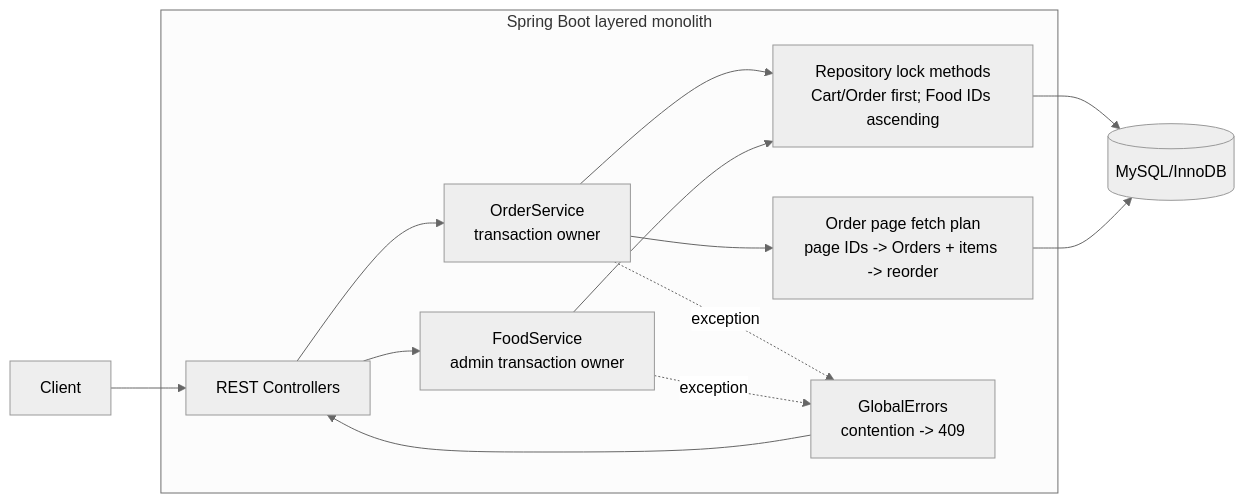
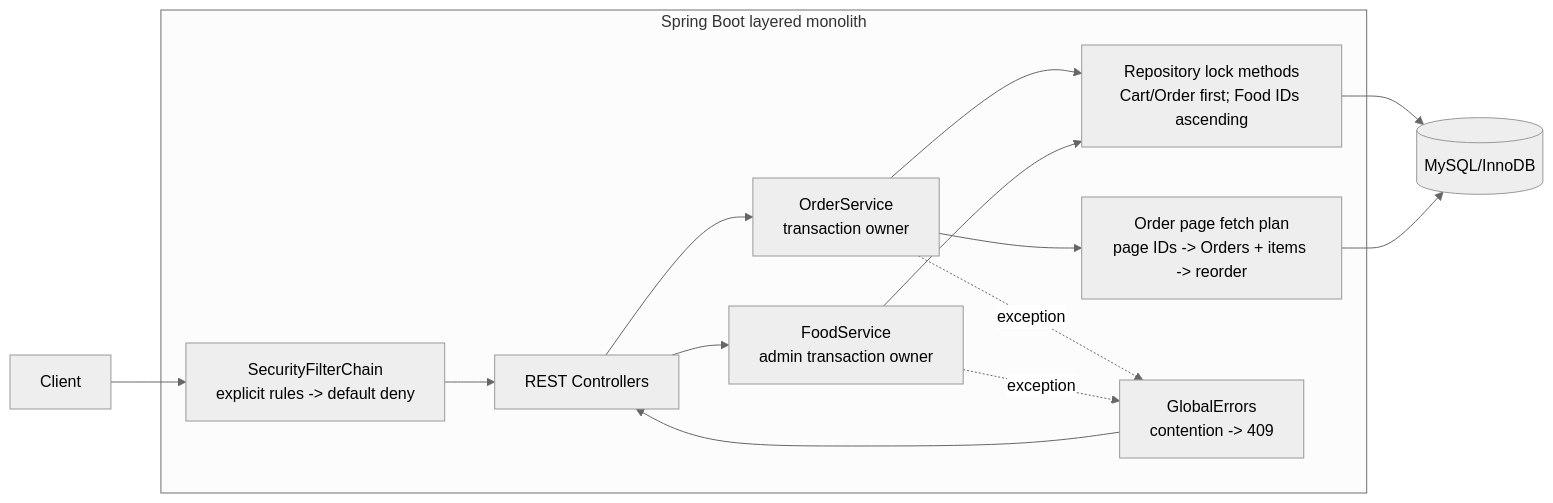
One commit to BuiHuy16/ByteMe-phase2 changed the first of 5 diagrams in docs/phase2/03_ARCHITECTURE_DECISIONS.md. Above: the diagram before and after it, drawn with Mermaid (neutral theme). The commit also changed other lines of this file and 8 other files, not shown here.

Commit message:
docs (phase 2): fix roadmap

````diff
--- a/docs/phase2/03_ARCHITECTURE_DECISIONS.md
+++ b/docs/phase2/03_ARCHITECTURE_DECISIONS.md
@@ -219,24 +304,26 @@
 ```mermaid
 flowchart LR
-    Client --> Controller
     Controller --> OrderService
     Controller --> FoodService
 
     subgraph App[Spring Boot layered monolith]
         Controller[REST Controllers]
         OrderService[OrderService\ntransaction owner]
         FoodService[FoodService\nadmin transaction owner]
         LockPolicy[Repository lock methods\nCart/Order first; Food IDs ascending]
         PagePlan[Order page fetch plan\npage IDs -> Orders + items -> reorder]
         ErrorMap[GlobalErrors\ncontention -> 409]
+        SecurityPolicy[SecurityFilterChain\nexplicit rules -> default deny]
     end
 
     OrderService --> LockPolicy
     FoodService --> LockPolicy
     OrderService --> PagePlan
     LockPolicy --> MySQL[(MySQL/InnoDB)]
     PagePlan --> MySQL
+    Client --> SecurityPolicy
+    SecurityPolicy --> Controller
     OrderService -. exception .-> ErrorMap
     FoodService -. exception .-> ErrorMap
     ErrorMap --> Controller
 ```
````
